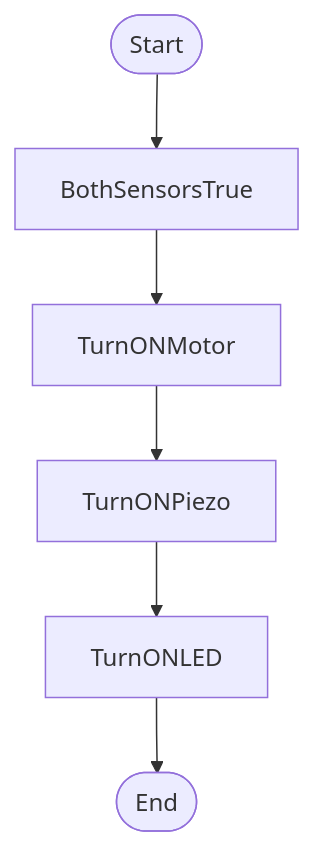
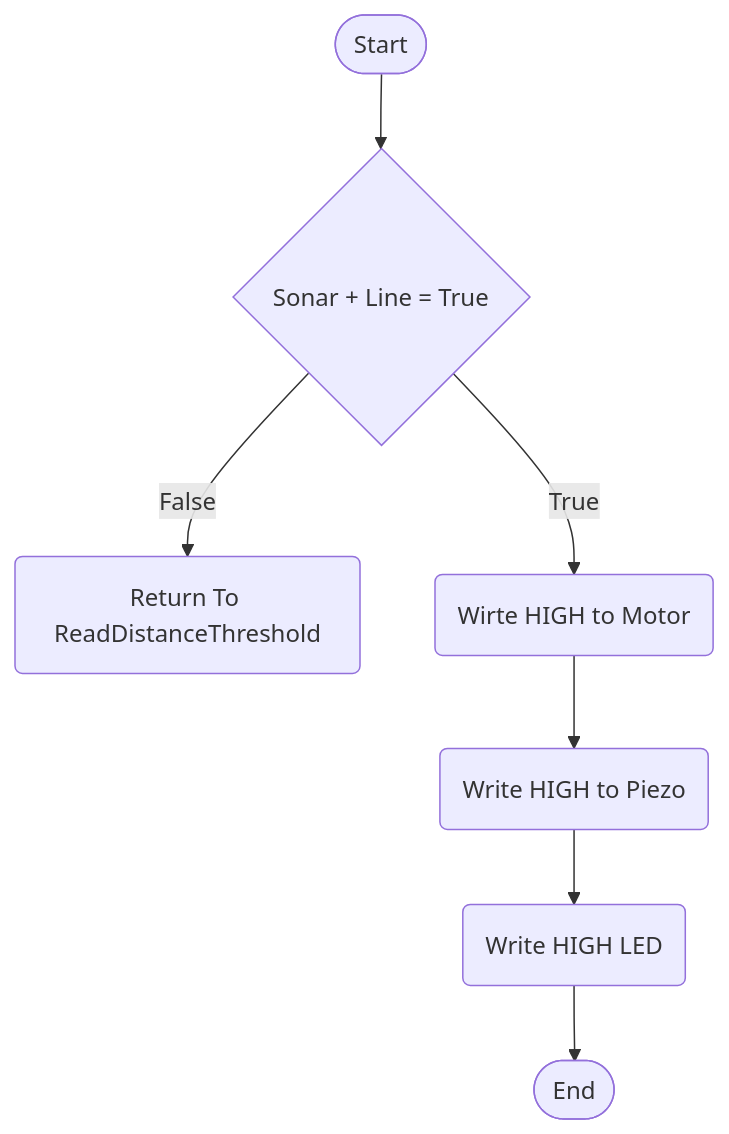
The second of 5 diagrams in logic.md (0347846/ElectronicsBoard), drawn with Mermaid before and after one commit. The commit also changed other lines of this file, not shown here.

Commit message:
FINAL FINAL

````diff
--- a/logic.md
+++ b/logic.md
@@ -19,10 +19,11 @@
 ``` mermaid
 flowchart TD
 terminalStart([Start])
 terminalEnd([End])
-terminalStart --> BothSensorsTrue
---> TurnONMotor
---> TurnONPiezo
---> TurnONLED
+terminalStart --> BothSensorsTrue{Sonar + Line = True}
+BothSensorsTrue --> |False| Return(Return To ReadDistanceThreshold)
+BothSensorsTrue --> |True| MotorON(Wirte HIGH to Motor)
+--> PiezoOn(Write HIGH to Piezo)
+--> LedON(Write HIGH LED)
 --> terminalEnd([End])
 ```
````
